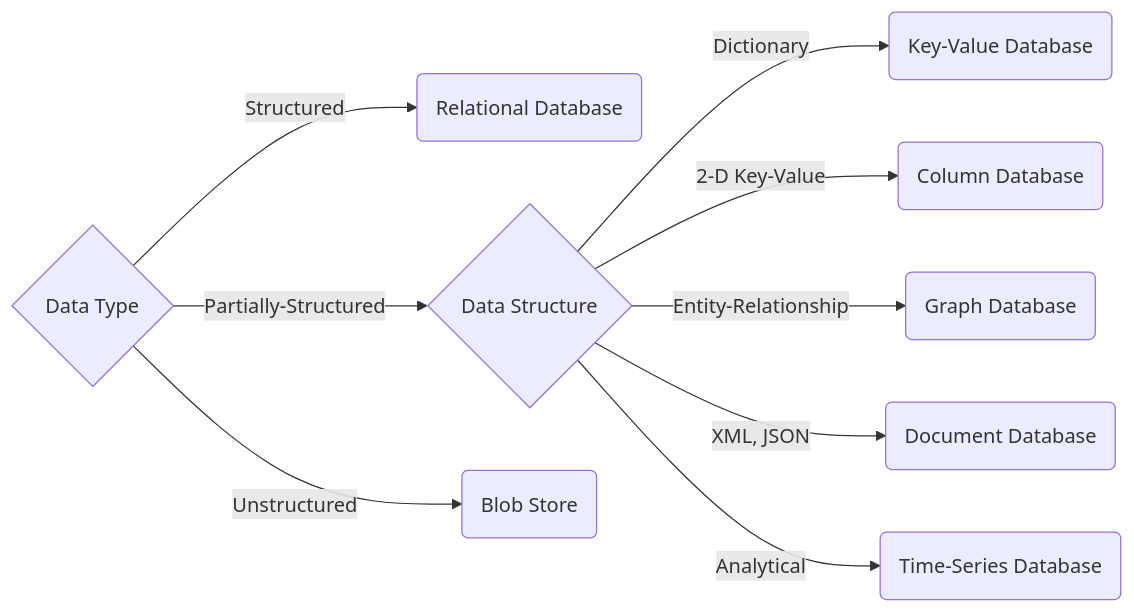
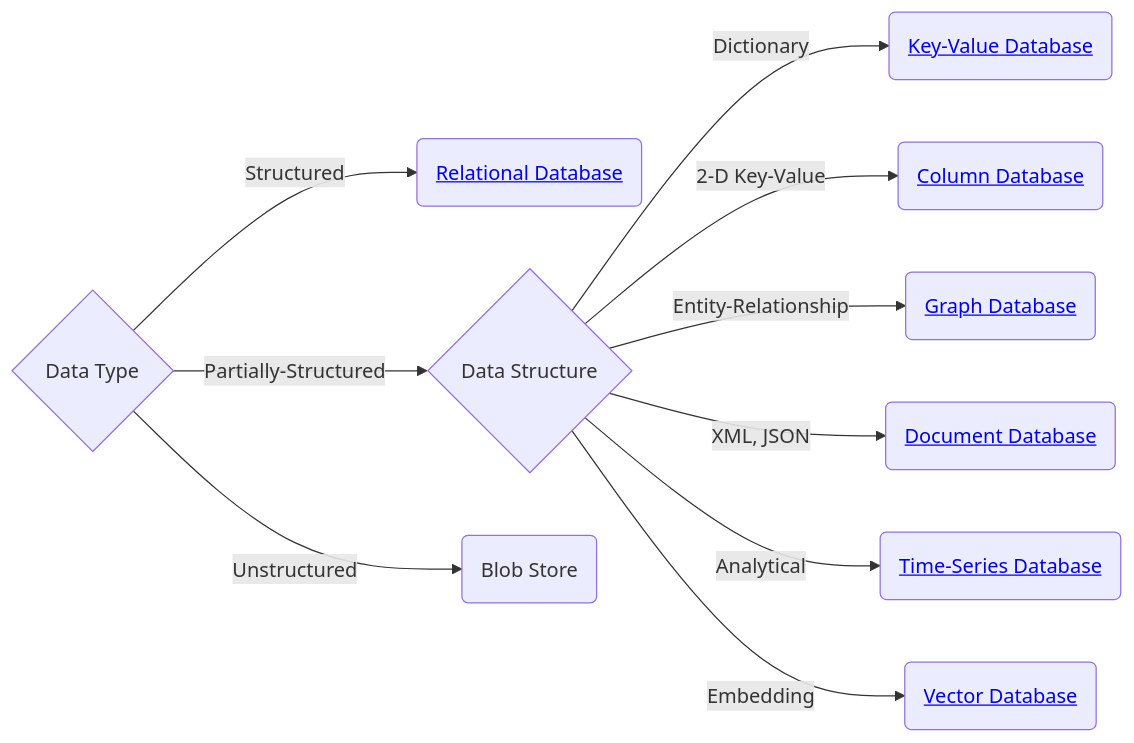
The diagram in docs/developing/database/glossary.md (tomy0000000/docs), drawn with Mermaid before and after one commit. The commit also changed other lines of this file and 8 other files, not shown here.

````diff
--- a/docs/developing/database/glossary.md
+++ b/docs/developing/database/glossary.md
@@ -9,13 +11,14 @@
 ```mermaid
 graph LR
 
 A{Data Type}
-A --Structured--> B(Relational Database)
+A --Structured--> B(<a href="./rdbms">Relational Database</a>)
 A --Partially-Structured--> C{Data Structure}
-  C --Dictionary--> E(Key-Value Database)
-  C --2-D Key-Value--> F(Column Database)
-  C --Entity-Relationship--> G(Graph Database)
-  C --XML, JSON--> H(Document Database)
-  C --Analytical--> I(Time-Series Database)
+  C --Dictionary--> E(<a href="./key-value">Key-Value Database</a>)
+  C --2-D Key-Value--> F(<a href="./column">Column Database</a>)
+  C --Entity-Relationship--> G(<a href="./graph">Graph Database</a>)
+  C --XML, JSON--> H(<a href="./document">Document Database</a>)
+  C --Analytical--> I(<a href="./time-series">Time-Series Database</a>)
+  C --Embedding--> J(<a href="./vector">Vector Database</a>)
 A --Unstructured--> D(Blob Store)
 ```
````
